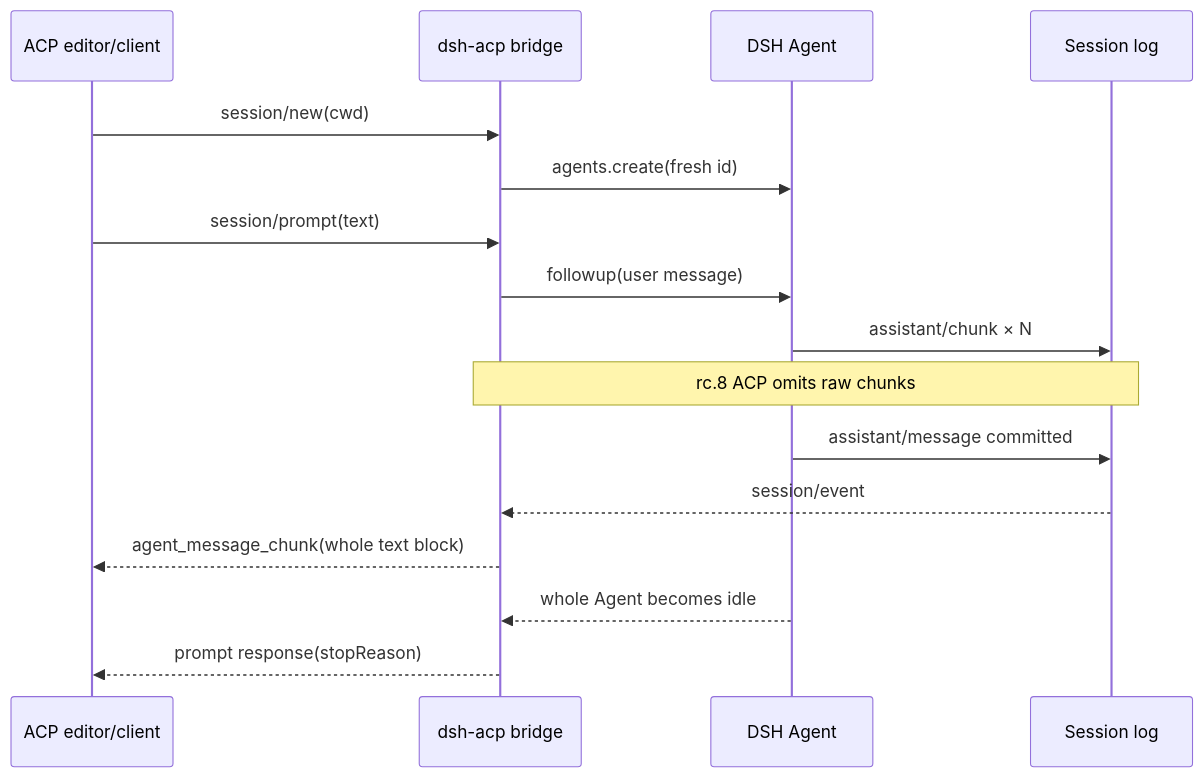
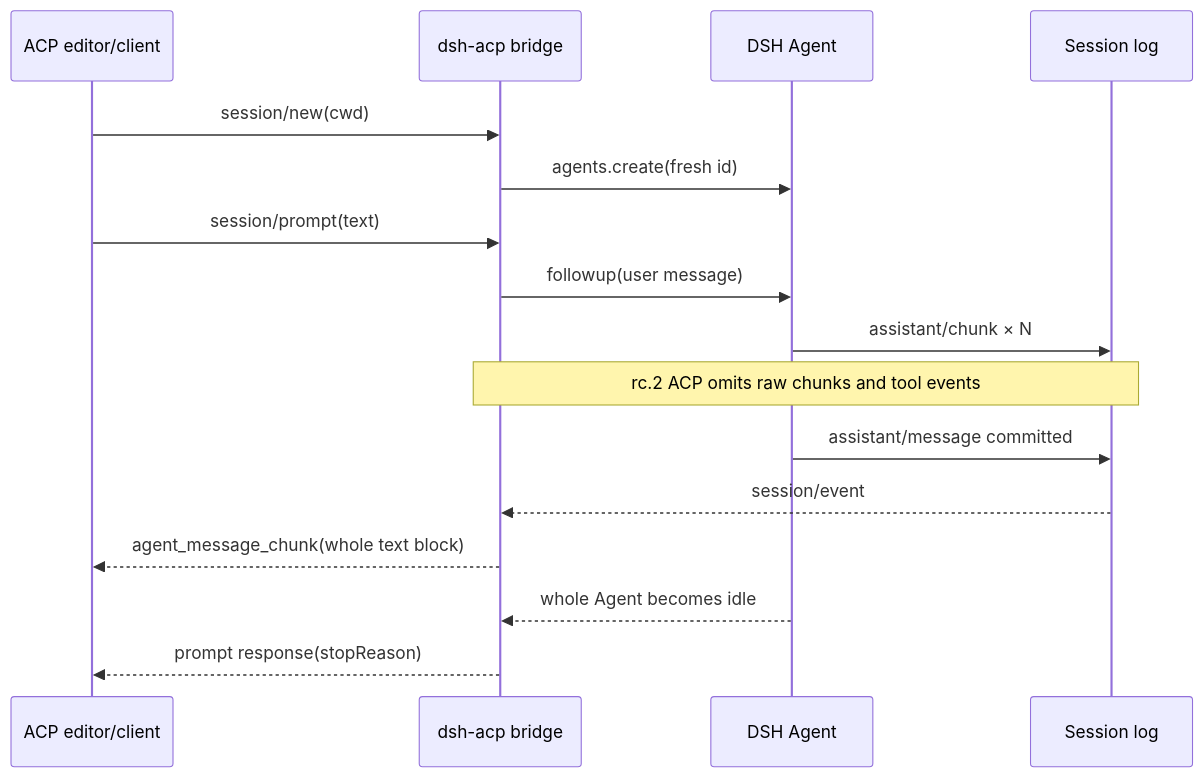
The diagram in docs/en/integrations/acp-editor-boundary.md (sandbaseai/deepseek-harness-handbook), drawn with Mermaid before and after one commit. The commit also changed other lines of this file and 7 other files, not shown here.

````diff
--- a/docs/en/integrations/acp-editor-boundary.md
+++ b/docs/en/integrations/acp-editor-boundary.md
@@ -47,18 +60,18 @@
 ```mermaid
 sequenceDiagram
   participant E as ACP editor/client
   participant B as dsh-acp bridge
   participant A as DSH Agent
   participant S as Session log
   E->>B: session/new(cwd)
   B->>A: agents.create(fresh id)
   E->>B: session/prompt(text)
   B->>A: followup(user message)
   A->>S: assistant/chunk × N
-  Note over B,S: rc.8 ACP omits raw chunks
+  Note over B,S: rc.2 ACP omits raw chunks and tool events
   A->>S: assistant/message committed
   S-->>B: session/event
   B-->>E: agent_message_chunk(whole text block)
   A-->>B: whole Agent becomes idle
   B-->>E: prompt response(stopReason)
 ```
````
